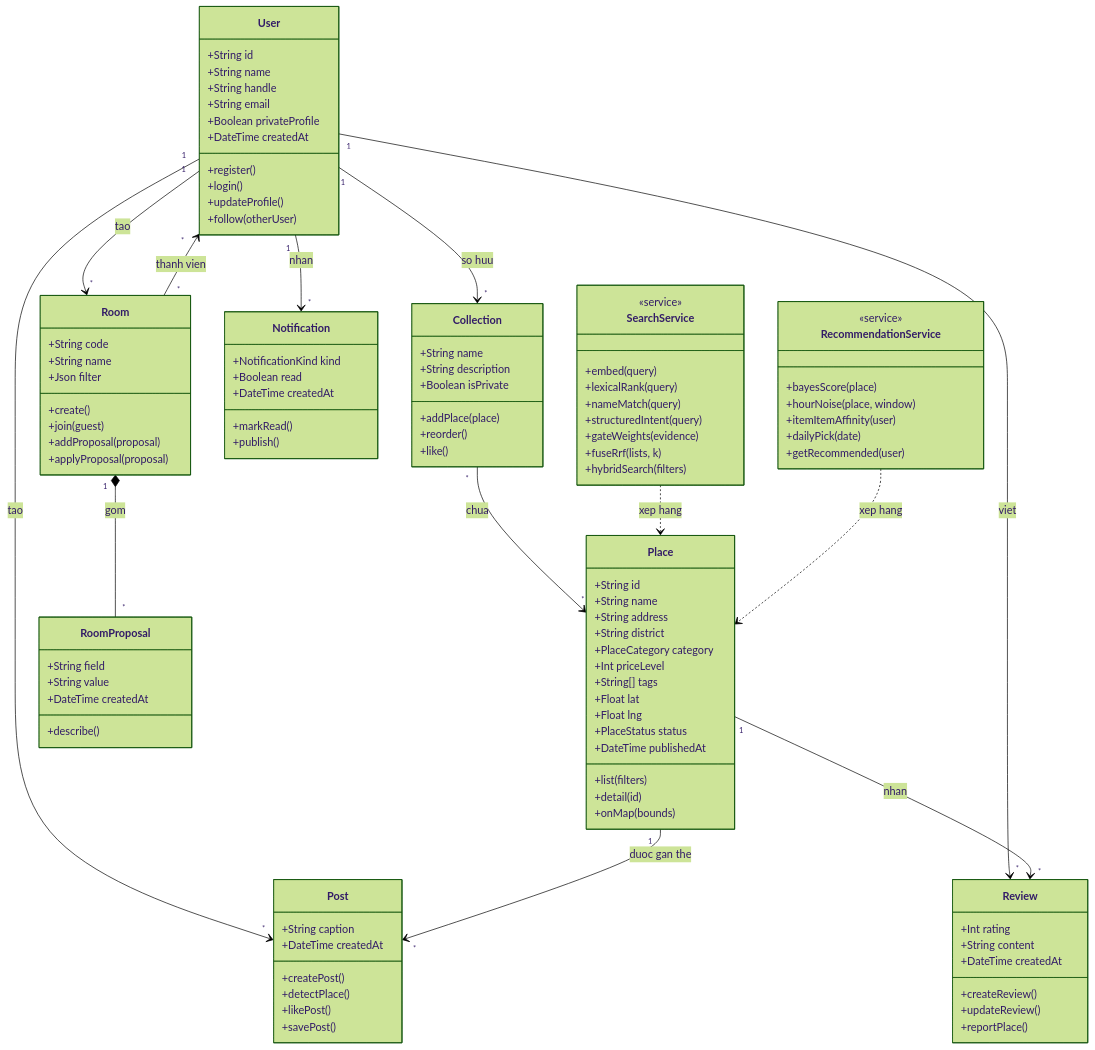
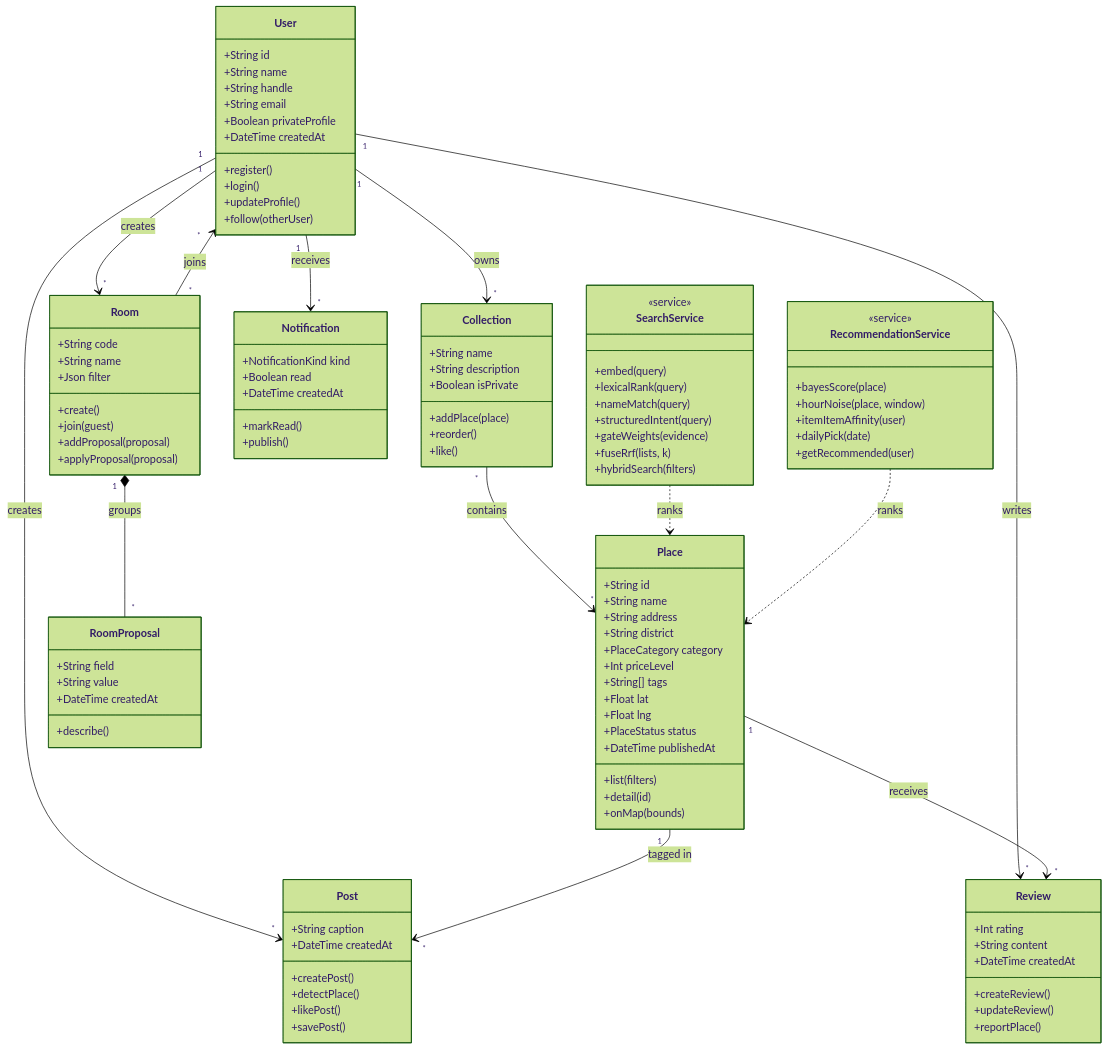
One commit to longqt321/Rendez-PBL6 changed the tenth of 17 diagrams in docs/bao-cao/BAO-CAO-DO-AN.md. Above: the diagram before and after it, drawn with Mermaid (forest theme). The commit also changed other lines of this file and 30 other files, not shown here.

````diff
--- a/docs/bao-cao/BAO-CAO-DO-AN.md
+++ b/docs/bao-cao/BAO-CAO-DO-AN.md
@@ -901,16 +994,16 @@
         +getRecommended(user)
     }
 
-    User "1" --> "*" Post : tao
-    User "1" --> "*" Review : viet
-    User "1" --> "*" Collection : so huu
-    User "1" --> "*" Room : tao
-    User "1" --> "*" Notification : nhan
-    Place "1" --> "*" Review : nhan
-    Place "1" --> "*" Post : duoc gan the
-    Collection "*" --> "*" Place : chua
-    Room "1" *-- "*" RoomProposal : gom
-    Room "*" --> "*" User : thanh vien
-    SearchService ..> Place : xep hang
-    RecommendationService ..> Place : xep hang
+    User "1" --> "*" Post : creates
+    User "1" --> "*" Review : writes
+    User "1" --> "*" Collection : owns
+    User "1" --> "*" Room : creates
+    User "1" --> "*" Notification : receives
+    Place "1" --> "*" Review : receives
+    Place "1" --> "*" Post : tagged in
+    Collection "*" --> "*" Place : contains
+    Room "1" *-- "*" RoomProposal : groups
+    Room "*" --> "*" User : joins
+    SearchService ..> Place : ranks
+    RecommendationService ..> Place : ranks
 ```
````
